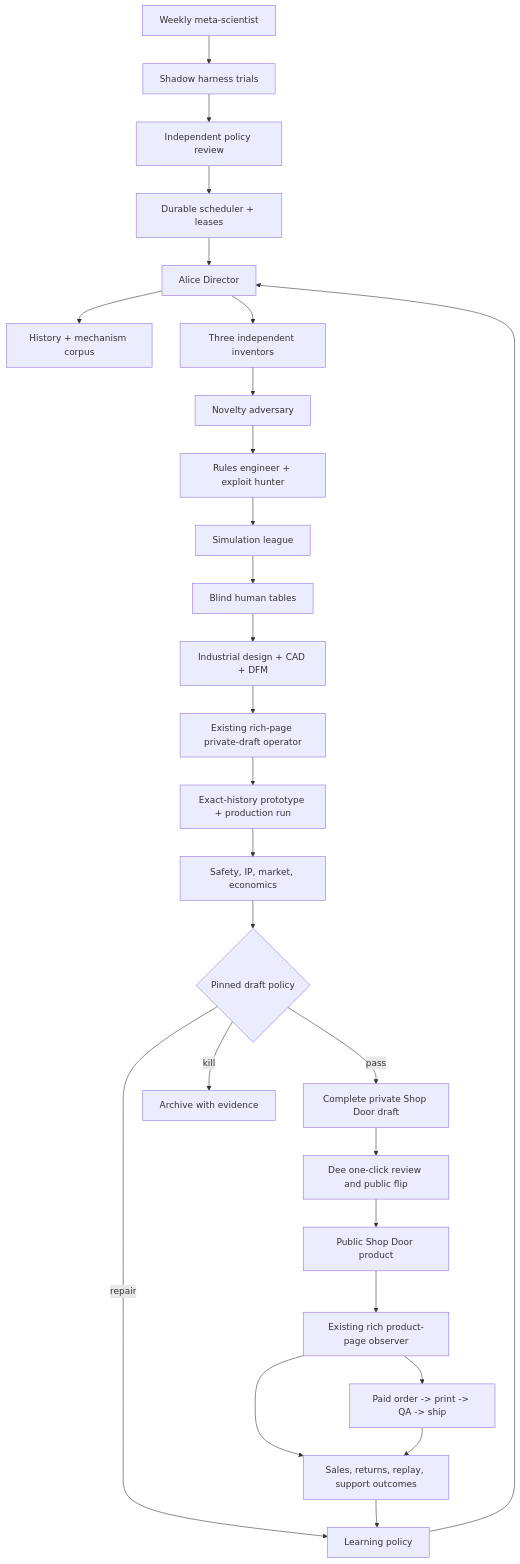
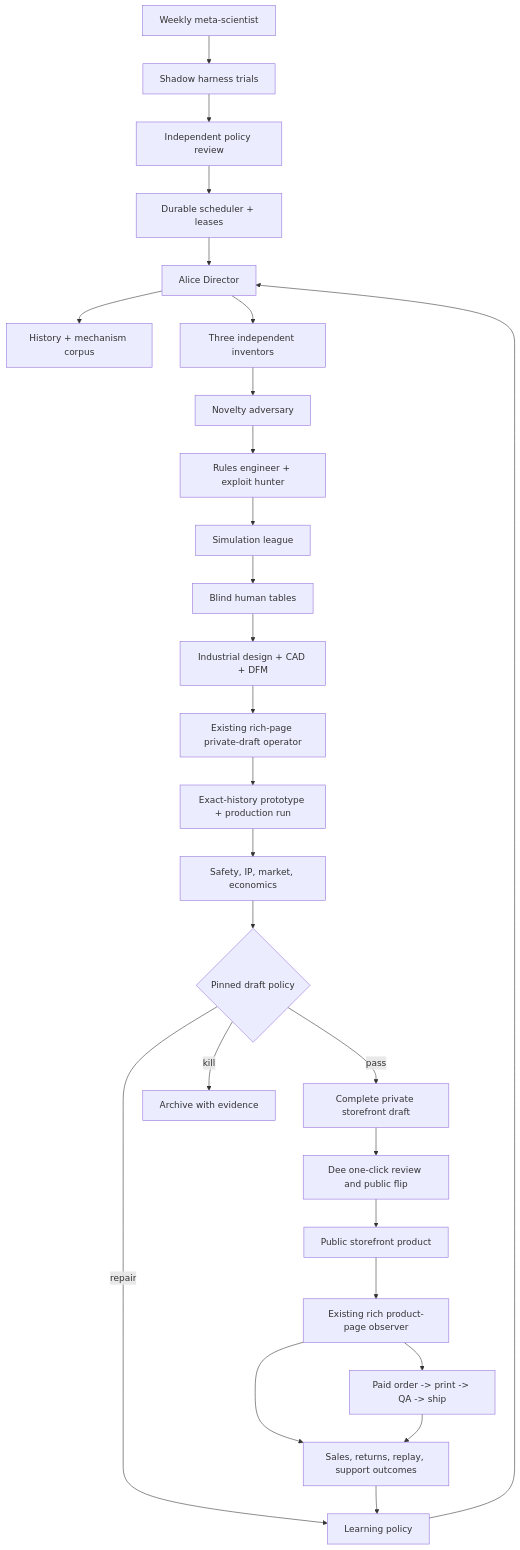
One commit to autonomous-ai/autonomous-workshop changed the diagram in inventors/alice/ARCHITECTURE.md. Above: the diagram before and after it, drawn with Mermaid. The commit also changed other lines of this file and 289 other files, not shown here.

````diff
--- a/inventors/alice/ARCHITECTURE.md
+++ b/inventors/alice/ARCHITECTURE.md
@@ -31,29 +33,29 @@
 ```mermaid
 flowchart TD
   S["Durable scheduler + leases"] --> D["Alice Director"]
   D --> H["History + mechanism corpus"]
   D --> I["Three independent inventors"]
   I --> N["Novelty adversary"]
   N --> R["Rules engineer + exploit hunter"]
   R --> P["Simulation league"]
   P --> U["Blind human tables"]
   U --> C["Industrial design + CAD + DFM"]
   C --> V["Existing rich-page private-draft operator"]
   V --> P2["Exact-history prototype + production run"]
   P2 --> M["Safety, IP, market, economics"]
   M --> G{"Pinned draft policy"}
-  G -->|pass| DRAFT["Complete private Shop Door draft"]
+  G -->|pass| DRAFT["Complete private storefront draft"]
   DRAFT --> REVIEW["Dee one-click review and public flip"]
-  REVIEW --> F["Public Shop Door product"]
+  REVIEW --> F["Public storefront product"]
   F --> W["Existing rich product-page observer"]
   G -->|repair| L["Learning policy"]
   G -->|kill| A["Archive with evidence"]
   W --> O["Sales, returns, replay, support outcomes"]
   W --> Q["Paid order -> print -> QA -> ship"]
   Q --> O
   O --> L
   L --> D
   X["Weekly meta-scientist"] --> Y["Shadow harness trials"]
   Y --> Z["Independent policy review"]
   Z --> S
 ```
````
